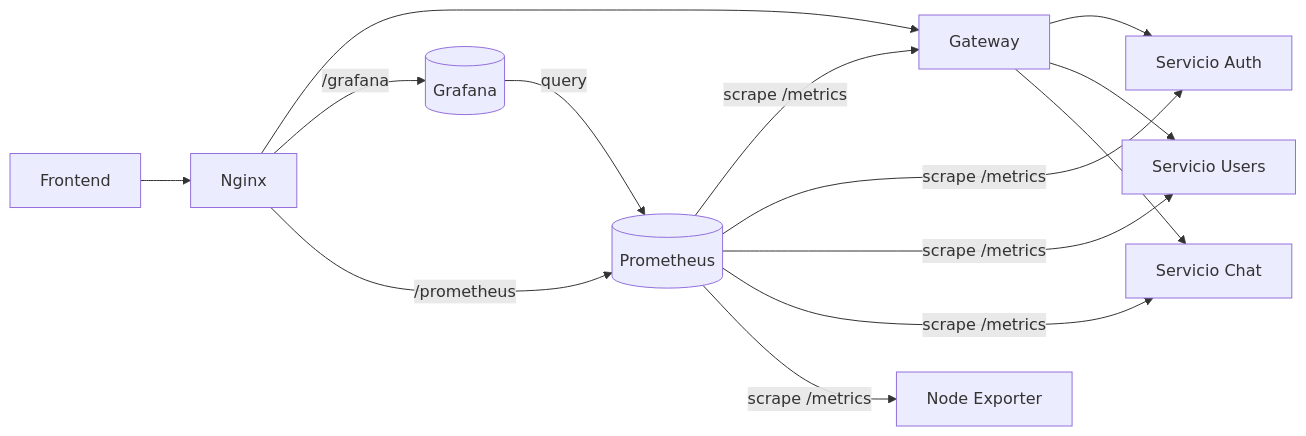
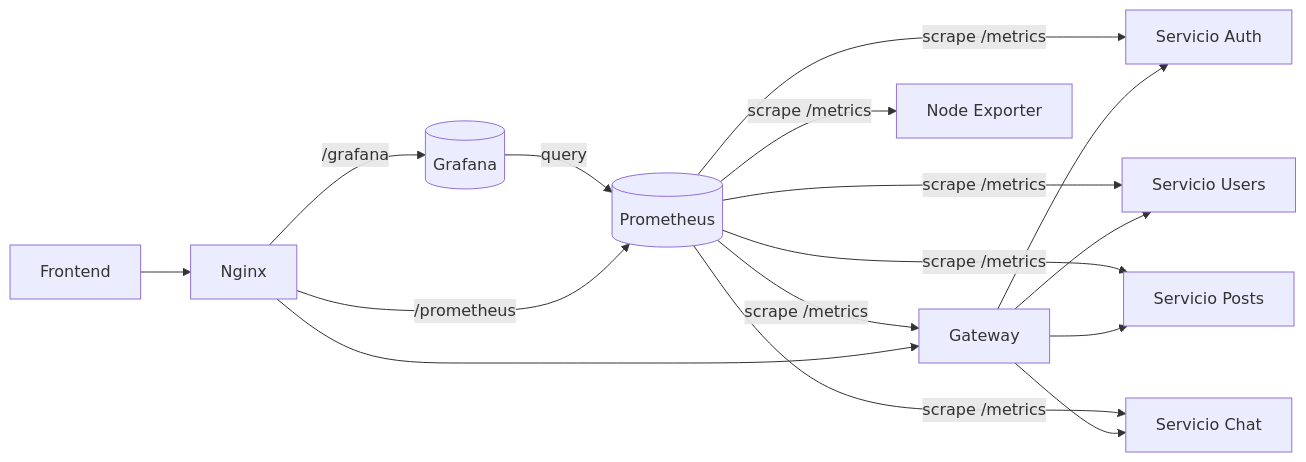
Before and after one commit to Ateibuzena/intragram: the diagram in docs/modules/MONITORING.md, drawn with Mermaid. The commit also changed other lines of this file and 14 other files, not shown here.

````diff
--- a/docs/modules/MONITORING.md
+++ b/docs/modules/MONITORING.md
@@ -15,31 +15,34 @@
 ```mermaid
 flowchart LR
   FE[Frontend]
   NG[Nginx]
   GW[Gateway]
   AU[Servicio Auth]
   US[Servicio Users]
+  PO[Servicio Posts]
   CH[Servicio Chat]
 
   PR[(Prometheus)]
   GR[(Grafana)]
 
   NE[Node Exporter]
 
   FE --> NG
   NG --> GW
   GW --> AU
   GW --> US
+  GW --> PO
   GW --> CH
 
   NG -->|/grafana| GR
   NG -->|/prometheus| PR
 
   PR -->|scrape /metrics| GW
   PR -->|scrape /metrics| AU
   PR -->|scrape /metrics| US
+  PR -->|scrape /metrics| PO
   PR -->|scrape /metrics| CH
   PR -->|scrape /metrics| NE
 
   GR -->|query| PR
 ```
````
